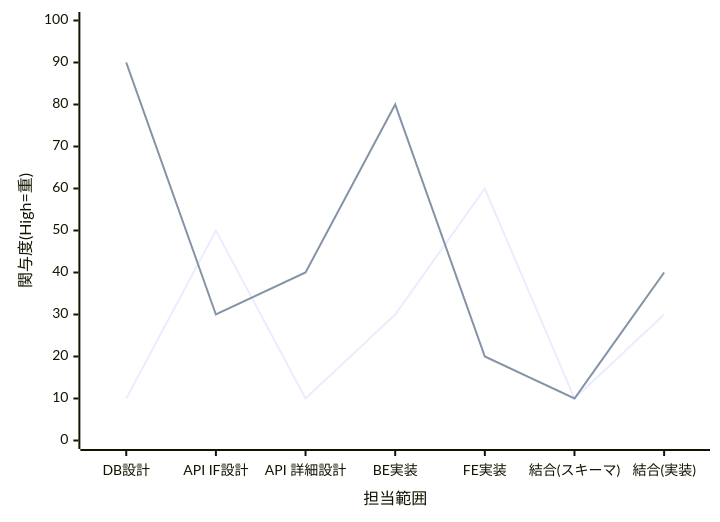
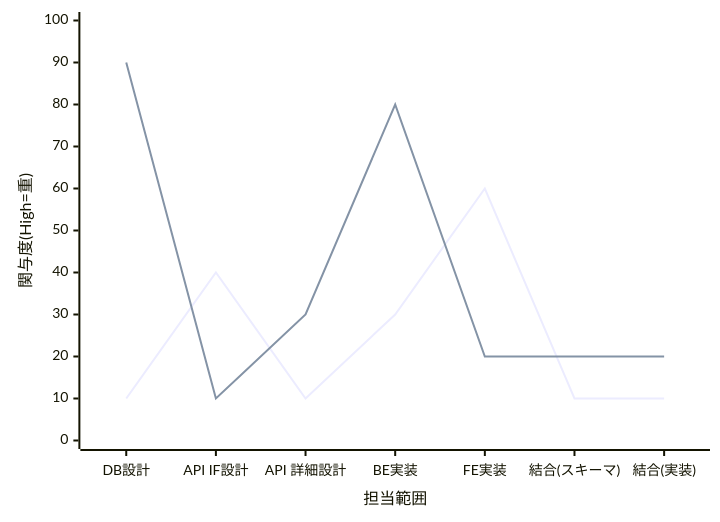
Before and after one commit to Hal-Spidernight/slide_tskaigi_hokuriku: the third of 5 diagrams in pages/section3.md, drawn with Mermaid. The commit also changed other lines of this file, not shown here.

````diff
--- a/pages/section3.md
+++ b/pages/section3.md
@@ -56,7 +70,7 @@
 ```mermaid
 xychart-beta
     x-axis "担当範囲" ["DB設計", "API IF設計", "API 詳細設計", "BE実装", "FE実装", "結合(スキーマ)", "結合(実装)"]
     y-axis "関与度(High=重)" 0 --> 100
-    line [10, 50, 10, 30, 60, 10, 30]
-    line [90, 30, 40, 80, 20, 10, 40]
+    line [10, 40, 10, 30, 60, 10, 10]
+    line [90, 10, 30, 80, 20, 20, 20]
 ```
````
